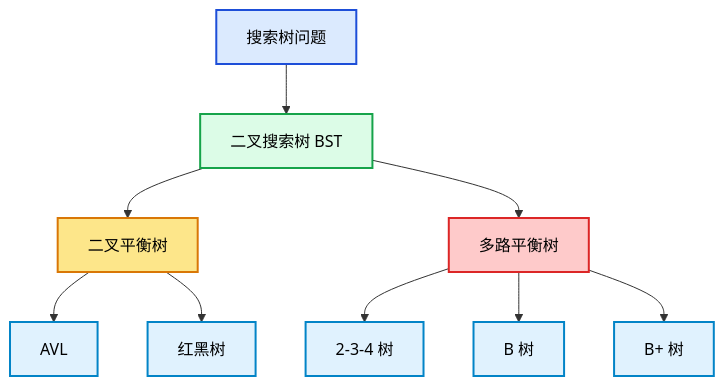
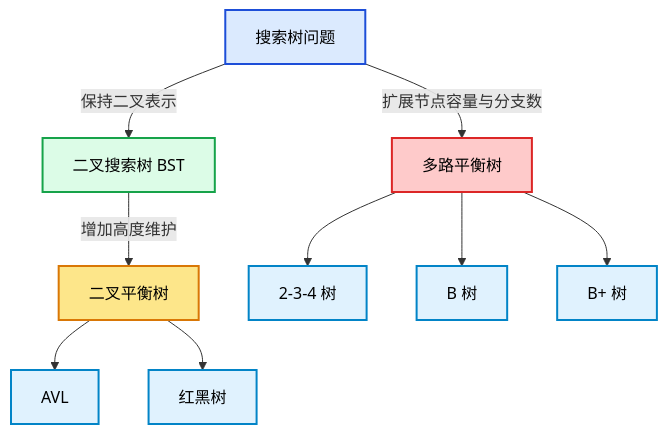
The sixth of 6 diagrams in knowledge/linux/data_structures/红黑树_rb-tree/P04_为什么_BST_会退化.md (FormingSystem/linux_note), drawn with Mermaid before and after one commit. The commit also changed other lines of this file and 10 other files, not shown here.

````diff
--- a/knowledge/linux/data_structures/红黑树_rb-tree/P04_为什么_BST_会退化.md
+++ b/knowledge/linux/data_structures/红黑树_rb-tree/P04_为什么_BST_会退化.md
@@ -540,33 +682,33 @@
 ```mermaid
 graph TD
 	A["搜索树问题"]
 	B["二叉搜索树 BST"]
 	C["二叉平衡树"]
 	D["多路平衡树"]
 	E["AVL"]
 	F["红黑树"]
 	G["2-3-4 树"]
 	H["B 树"]
 	I["B+ 树"]
 
-	A --> B
-	B --> C
-	B --> D
+	A -->|"保持二叉表示"| B
+	B -->|"增加高度维护"| C
+	A -->|"扩展节点容量与分支数"| D
 	C --> E
 	C --> F
 	D --> G
 	D --> H
 	D --> I
 
 	classDef top_node fill:#dbeafe,stroke:#1d4ed8,stroke-width:2px,color:#000;
 	classDef bst_node fill:#dcfce7,stroke:#16a34a,stroke-width:2px,color:#000;
 	classDef binary_balanced fill:#fde68a,stroke:#d97706,stroke-width:2px,color:#000;
 	classDef multi_balanced fill:#fecaca,stroke:#dc2626,stroke-width:2px,color:#000;
 	classDef leaf_kind fill:#e0f2fe,stroke:#0284c7,stroke-width:2px,color:#000;
 
 	class A top_node;
 	class B bst_node;
 	class C binary_balanced;
 	class D multi_balanced;
 	class E,F,G,H,I leaf_kind;
 ```
````
